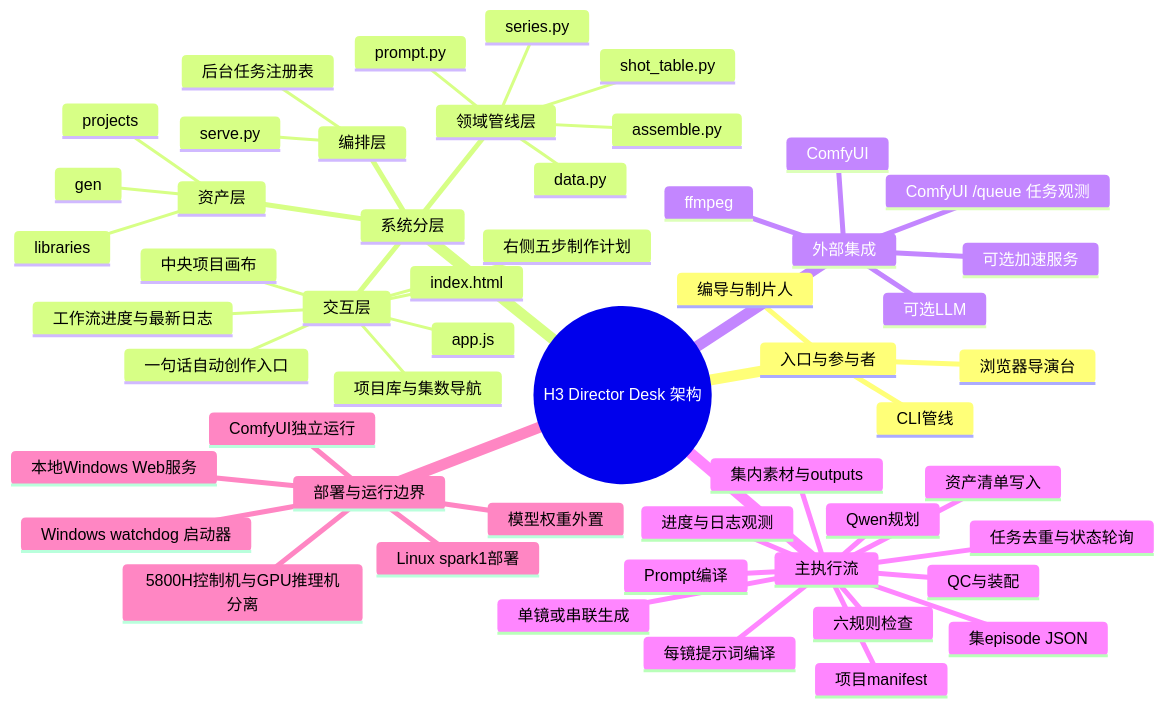
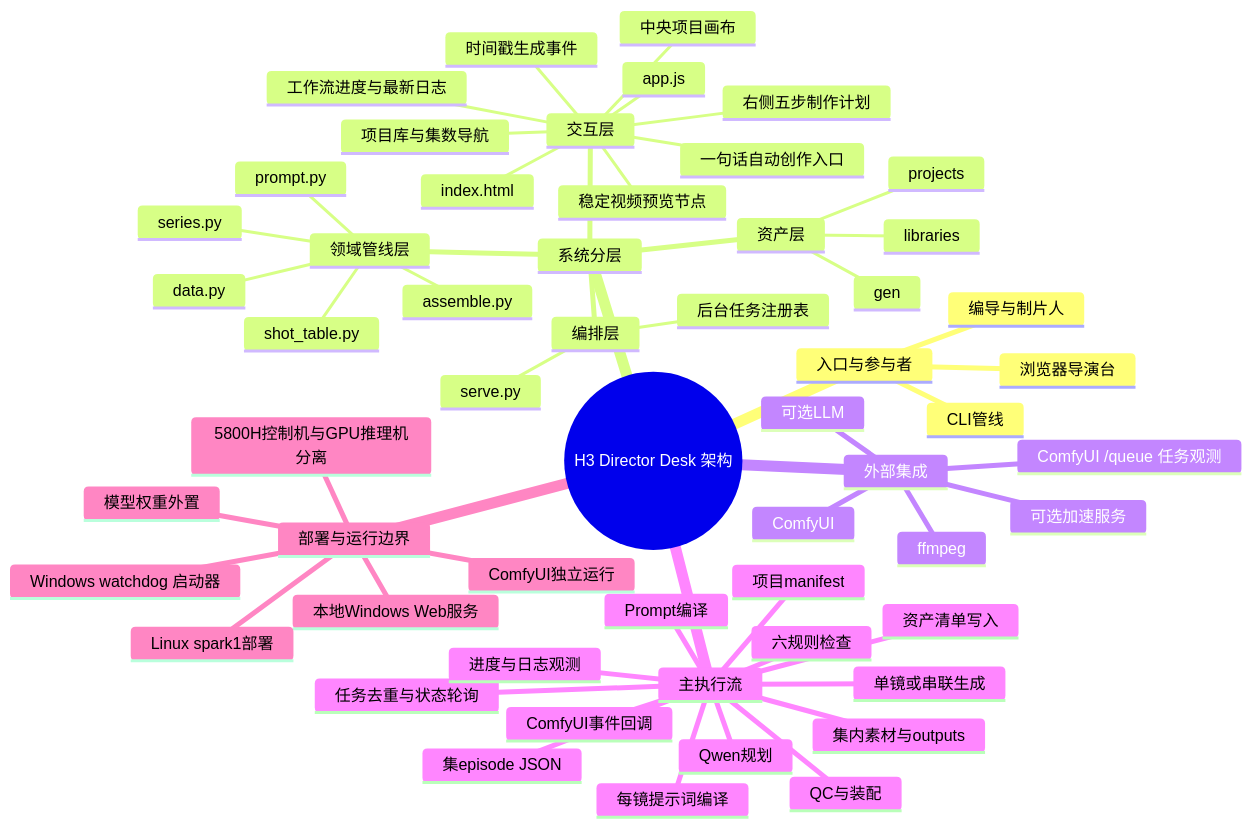
One commit to Exalex/h3-director-desk changed the diagram in docs/project-evolution/mindmaps/architecture.md. Above: the diagram before and after it, drawn with Mermaid. The commit also changed other lines of this file and 12 other files, not shown here.

````diff
--- a/docs/project-evolution/mindmaps/architecture.md
+++ b/docs/project-evolution/mindmaps/architecture.md
@@ -3,56 +3,59 @@
 ```mermaid
 mindmap
   root((H3 Director Desk 架构))
     入口与参与者
       浏览器导演台
       CLI管线
       编导与制片人
     系统分层
       交互层
         index.html
         app.js
         项目库与集数导航
         中央项目画布
         右侧五步制作计划
         一句话自动创作入口
         工作流进度与最新日志
+        时间戳生成事件
+        稳定视频预览节点
       编排层
         serve.py
         后台任务注册表
       领域管线层
         data.py
         shot_table.py
         prompt.py
         series.py
         assemble.py
       资产层
         projects
         gen
         libraries
     外部集成
       ComfyUI
       ComfyUI /queue 任务观测
       可选加速服务
       可选LLM
       ffmpeg
     主执行流
       项目manifest
       集episode JSON
       集内素材与outputs
       六规则检查
       Prompt编译
       单镜或串联生成
       任务去重与状态轮询
       进度与日志观测
+      ComfyUI事件回调
       Qwen规划
       资产清单写入
       每镜提示词编译
       QC与装配
     部署与运行边界
       本地Windows Web服务
       Windows watchdog 启动器
       Linux spark1部署
       ComfyUI独立运行
       模型权重外置
       5800H控制机与GPU推理机分离
 ```
````
